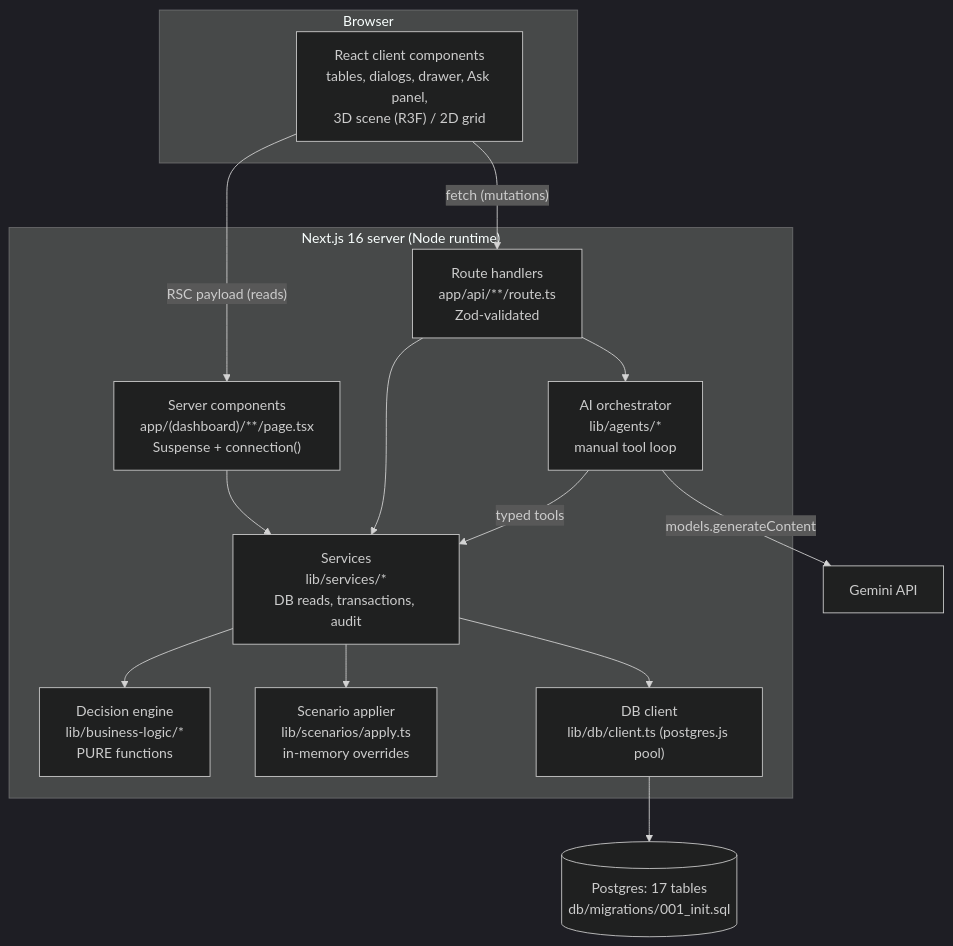
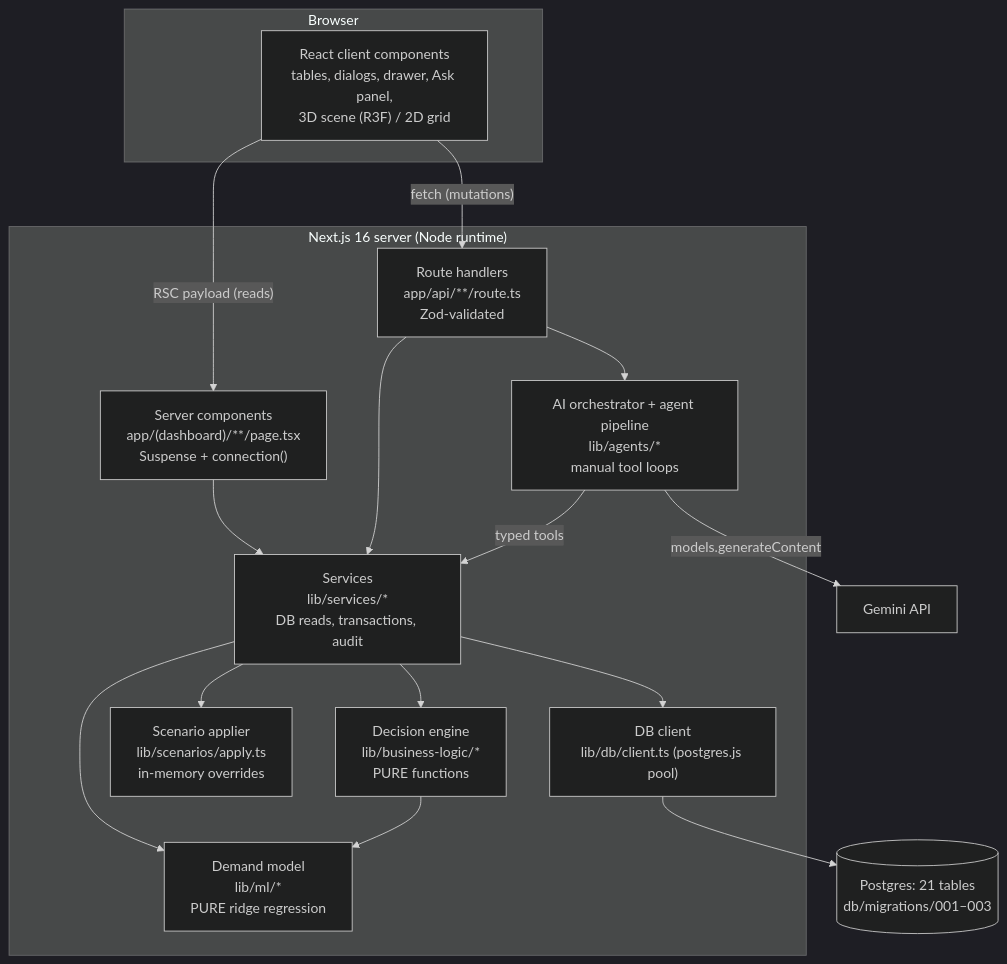
The second of 23 diagrams in architecture.md (rushshah973/pharmaos), drawn with Mermaid (dark theme) before and after one commit. The commit also changed other lines of this file and 6 other files, not shown here.

First line of the commit message:
docs: ML demand model and three-agent procurement pipeline

````diff
--- a/architecture.md
+++ b/architecture.md
@@ -66,31 +66,34 @@
 ```mermaid
 flowchart TB
     subgraph browser["Browser"]
         ui["React client components<br/>tables, dialogs, drawer, Ask panel,<br/>3D scene (R3F) / 2D grid"]
     end
 
     subgraph next["Next.js 16 server (Node runtime)"]
         rsc["Server components<br/>app/(dashboard)/**/page.tsx<br/>Suspense + connection()"]
         api["Route handlers<br/>app/api/**/route.ts<br/>Zod-validated"]
-        agent["AI orchestrator<br/>lib/agents/*<br/>manual tool loop"]
+        agent["AI orchestrator + agent pipeline<br/>lib/agents/*<br/>manual tool loops"]
         svc["Services<br/>lib/services/*<br/>DB reads, transactions, audit"]
         engine["Decision engine<br/>lib/business-logic/*<br/>PURE functions"]
+        ml["Demand model<br/>lib/ml/*<br/>PURE ridge regression"]
         scen["Scenario applier<br/>lib/scenarios/apply.ts<br/>in-memory overrides"]
         dbc["DB client<br/>lib/db/client.ts (postgres.js pool)"]
     end
 
-    pg[("Postgres: 17 tables<br/>db/migrations/001_init.sql")]
+    pg[("Postgres: 21 tables<br/>db/migrations/001–003")]
     cl["Gemini API"]
 
     ui -- "fetch (mutations)" --> api
     ui -- "RSC payload (reads)" --> rsc
     rsc --> svc
     api --> svc
     api --> agent
     agent -- "typed tools" --> svc
     agent -- "models.generateContent" --> cl
     svc --> scen
     svc --> engine
+    svc --> ml
+    engine --> ml
     svc --> dbc
     dbc --> pg
 ```
````
